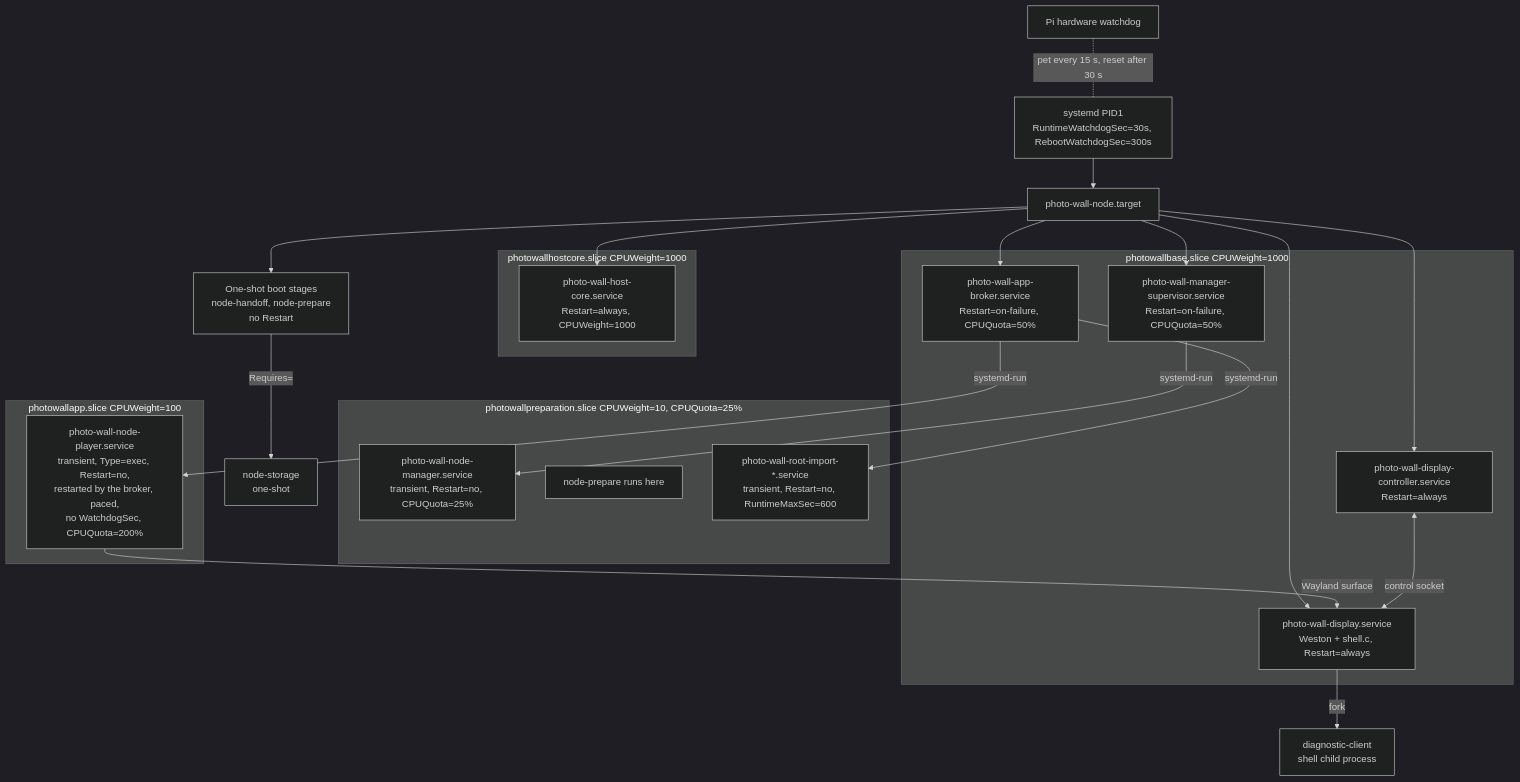
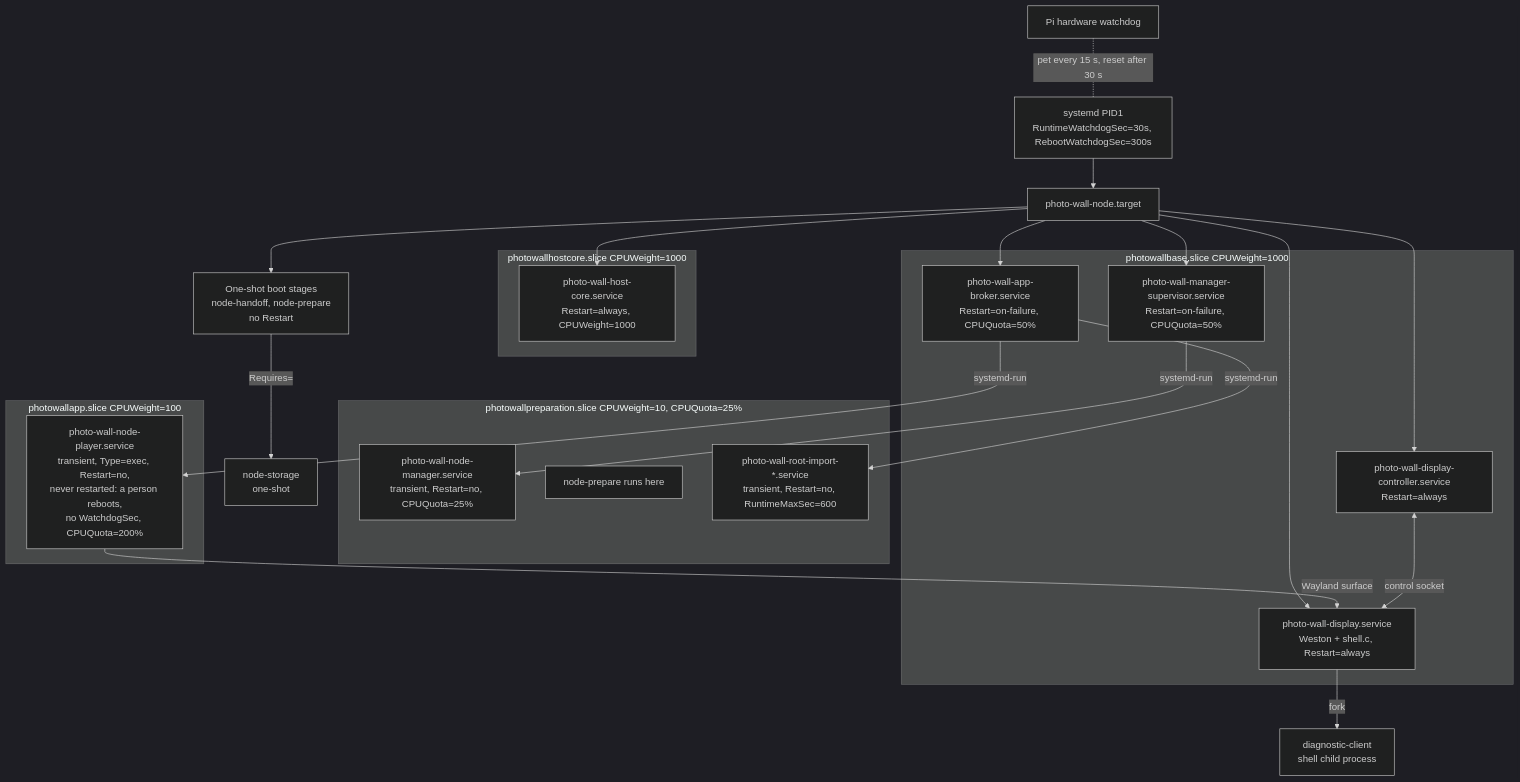
The first of 6 diagrams in docs/player-architecture.md (mcurcio/photo-wall), drawn with Mermaid (dark theme) before and after one commit. The commit also changed other lines of this file and 10 other files, not shown here.

````diff
--- a/docs/player-architecture.md
+++ b/docs/player-architecture.md
@@ -29,36 +31,36 @@
 ```mermaid
 flowchart TD
     HW[Pi hardware watchdog] -. pet every 15 s, reset after 30 s .- PID1
     PID1[systemd PID1<br/>RuntimeWatchdogSec=30s, RebootWatchdogSec=300s]
     PID1 --> TGT[photo-wall-node.target]
     TGT --> STG[One-shot boot stages<br/>node-handoff, node-prepare<br/>no Restart]
     STG -- Requires= --> STO[node-storage<br/>one-shot]
     subgraph HCS[photowallhostcore.slice CPUWeight=1000]
         HC[photo-wall-host-core.service<br/>Restart=always, CPUWeight=1000]
     end
     subgraph BASE[photowallbase.slice CPUWeight=1000]
         BR[photo-wall-app-broker.service<br/>Restart=on-failure, CPUQuota=50%]
         MS[photo-wall-manager-supervisor.service<br/>Restart=on-failure, CPUQuota=50%]
         WS[photo-wall-display.service<br/>Weston + shell.c, Restart=always]
         DC[photo-wall-display-controller.service<br/>Restart=always]
     end
     subgraph PREP[photowallpreparation.slice CPUWeight=10, CPUQuota=25%]
         MGR[photo-wall-node-manager.service<br/>transient, Restart=no, CPUQuota=25%]
         STGP[node-prepare runs here]
         IMP[photo-wall-root-import-*.service<br/>transient, Restart=no, RuntimeMaxSec=600]
     end
     subgraph APP[photowallapp.slice CPUWeight=100]
-        PL[photo-wall-node-player.service<br/>transient, Type=exec, Restart=no,<br/>restarted by the broker, paced,<br/>no WatchdogSec, CPUQuota=200%]
+        PL[photo-wall-node-player.service<br/>transient, Type=exec, Restart=no,<br/>never restarted: a person reboots,<br/>no WatchdogSec, CPUQuota=200%]
     end
     TGT --> HC
     TGT --> BR
     TGT --> MS
     TGT --> WS
     TGT --> DC
     MS -- systemd-run --> MGR
     BR -- systemd-run --> PL
     BR -- systemd-run --> IMP
     WS -- fork --> DGC[diagnostic-client<br/>shell child process]
     PL -- Wayland surface --> WS
     DC <-->|control socket| WS
 ```
````
